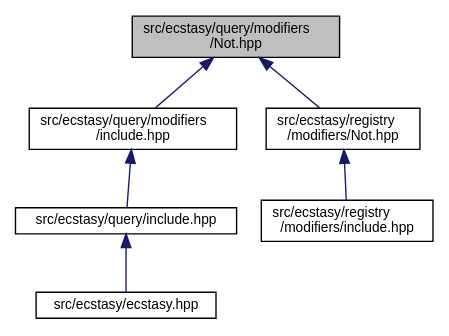
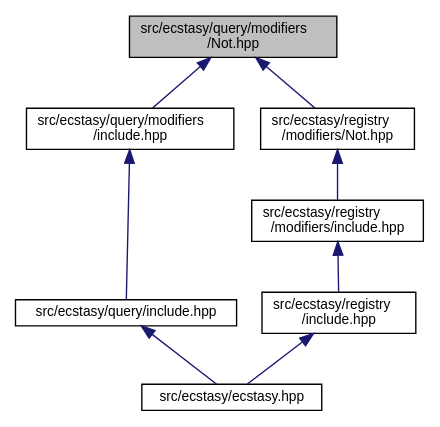
One commit to AndreasLrx/ecstasy changed the diagram in query_2modifiers_2_not_8hpp__dep__incl.dot. Above: the diagram before and after it, drawn with Graphviz. The commit also changed 437 other files, not shown here.

```diff
--- a/query_2modifiers_2_not_8hpp__dep__incl.dot
+++ b/query_2modifiers_2_not_8hpp__dep__incl.dot
@@ -1,17 +1,20 @@
 digraph "src/ecstasy/query/modifiers/Not.hpp"
 {
  // LATEX_PDF_SIZE
   edge [fontname="Helvetica",fontsize="10",labelfontname="Helvetica",labelfontsize="10"];
   node [fontname="Helvetica",fontsize="10",shape=record];
   Node1 [label="src/ecstasy/query/modifiers\l/Not.hpp",height=0.2,width=0.4,color="black", fillcolor="grey75", style="filled", fontcolor="black",tooltip=" "];
   Node1 -> Node2 [dir="back",color="midnightblue",fontsize="10",style="solid",fontname="Helvetica"];
   Node2 [label="src/ecstasy/query/modifiers\l/include.hpp",height=0.2,width=0.4,color="black", fillcolor="white", style="filled",URL="$query_2modifiers_2include_8hpp.html",tooltip=" "];
   Node2 -> Node3 [dir="back",color="midnightblue",fontsize="10",style="solid",fontname="Helvetica"];
   Node3 [label="src/ecstasy/query/include.hpp",height=0.2,width=0.4,color="black", fillcolor="white", style="filled",URL="$query_2include_8hpp.html",tooltip=" "];
   Node3 -> Node4 [dir="back",color="midnightblue",fontsize="10",style="solid",fontname="Helvetica"];
   Node4 [label="src/ecstasy/ecstasy.hpp",height=0.2,width=0.4,color="black", fillcolor="white", style="filled",URL="$ecstasy_8hpp.html",tooltip=" "];
   Node1 -> Node5 [dir="back",color="midnightblue",fontsize="10",style="solid",fontname="Helvetica"];
   Node5 [label="src/ecstasy/registry\l/modifiers/Not.hpp",height=0.2,width=0.4,color="black", fillcolor="white", style="filled",URL="$registry_2modifiers_2_not_8hpp.html",tooltip=" "];
   Node5 -> Node6 [dir="back",color="midnightblue",fontsize="10",style="solid",fontname="Helvetica"];
   Node6 [label="src/ecstasy/registry\l/modifiers/include.hpp",height=0.2,width=0.4,color="black", fillcolor="white", style="filled",URL="$registry_2modifiers_2include_8hpp.html",tooltip=" "];
+  Node6 -> Node7 [dir="back",color="midnightblue",fontsize="10",style="solid",fontname="Helvetica"];
+  Node7 [label="src/ecstasy/registry\l/include.hpp",height=0.2,width=0.4,color="black", fillcolor="white", style="filled",URL="$registry_2include_8hpp.html",tooltip=" "];
+  Node7 -> Node4 [dir="back",color="midnightblue",fontsize="10",style="solid",fontname="Helvetica"];
 }
```
